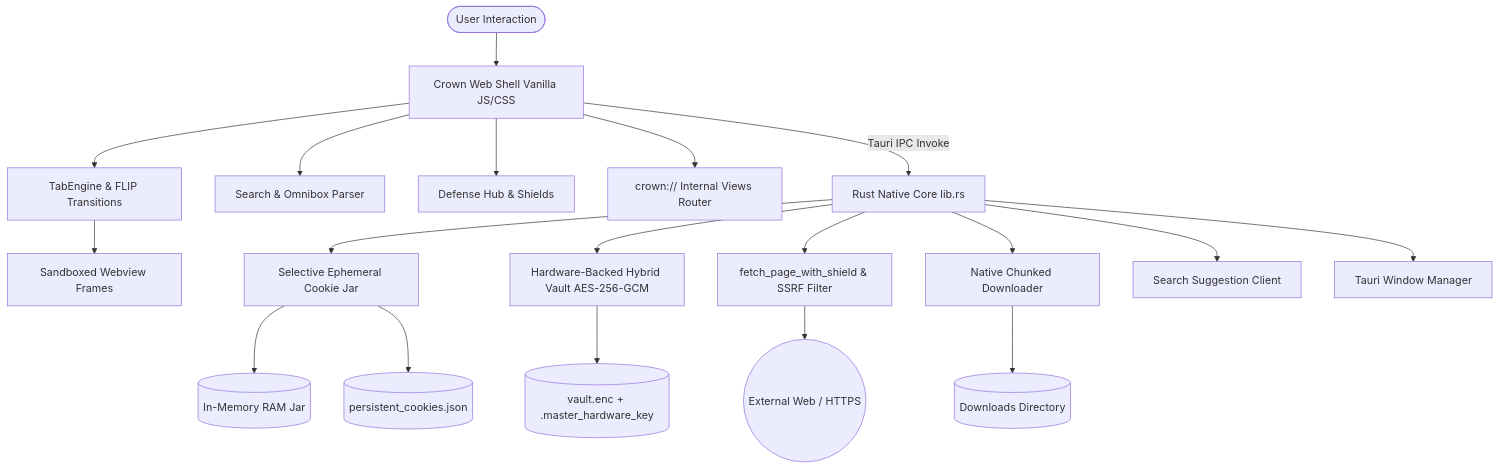
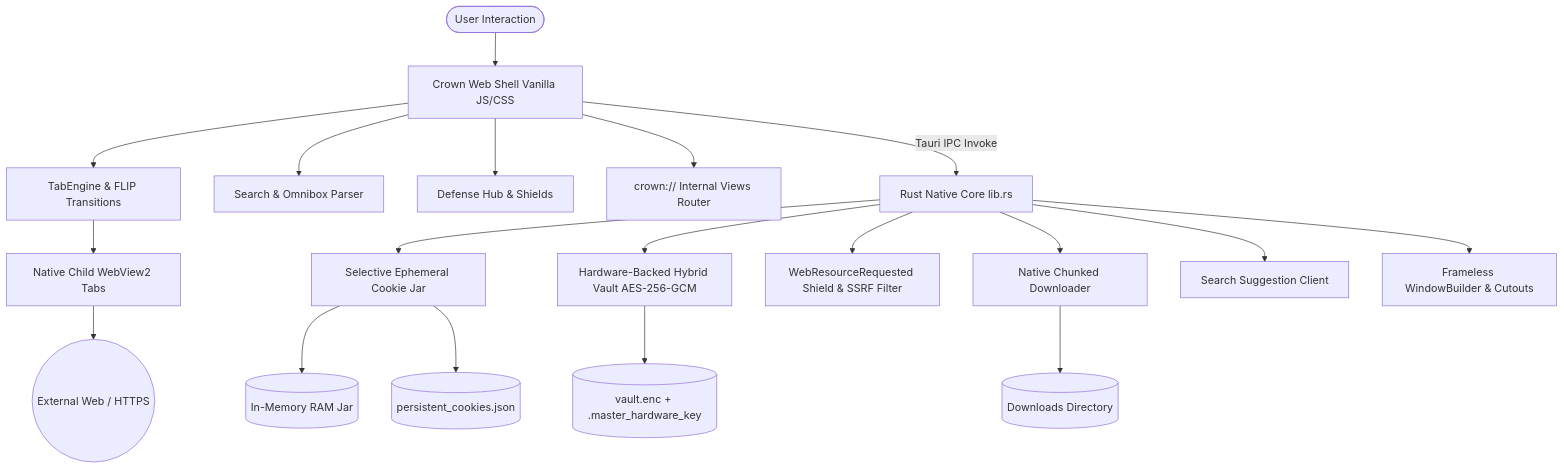
One commit to PI-Prasaad-Krishna/Crown changed the first of 4 diagrams in CROWN_DOCUMENTATION.md. Above: the diagram before and after it, drawn with Mermaid. The commit also changed other lines of this file and 3 other files, not shown here.

First line of the commit message:
feat(multiwindow): add Incognito/New Window child webview parity, OAuth popups, and updated docs

````diff
--- a/CROWN_DOCUMENTATION.md
+++ b/CROWN_DOCUMENTATION.md
@@ -55,25 +55,25 @@
 ```mermaid
 graph TD
     User([User Interaction]) --> WebShell[Crown Web Shell Vanilla JS/CSS]
     WebShell --> TabEng[TabEngine & FLIP Transitions]
     WebShell --> Omnibox[Search & Omnibox Parser]
     WebShell --> ShieldUI[Defense Hub & Shields]
     WebShell --> Views[crown:// Internal Views Router]
     
-    TabEng --> Frames[Sandboxed Webview Frames]
+    TabEng --> ChildWV[Native Child WebView2 Tabs]
     
     WebShell -- Tauri IPC Invoke --> RustCore[Rust Native Core lib.rs]
     
     RustCore --> CookieJar[Selective Ephemeral Cookie Jar]
     RustCore --> CryptoVault[Hardware-Backed Hybrid Vault AES-256-GCM]
-    RustCore --> ShieldProxy[fetch_page_with_shield & SSRF Filter]
+    RustCore --> NetShield[WebResourceRequested Shield & SSRF Filter]
     RustCore --> Downloader[Native Chunked Downloader]
     RustCore --> SuggestClient[Search Suggestion Client]
-    RustCore --> WindowMgr[Tauri Window Manager]
+    RustCore --> WindowMgr[Frameless WindowBuilder & Cutouts]
     
-    ShieldProxy --> Internet((External Web / HTTPS))
+    ChildWV --> Internet((External Web / HTTPS))
     Downloader --> Disk[(Downloads Directory)]
     CookieJar --> EphemRAM[(In-Memory RAM Jar)]
     CookieJar --> WhitelistDisk[(persistent_cookies.json)]
     CryptoVault --> VaultDisk[(vault.enc + .master_hardware_key)]
 ```
````
